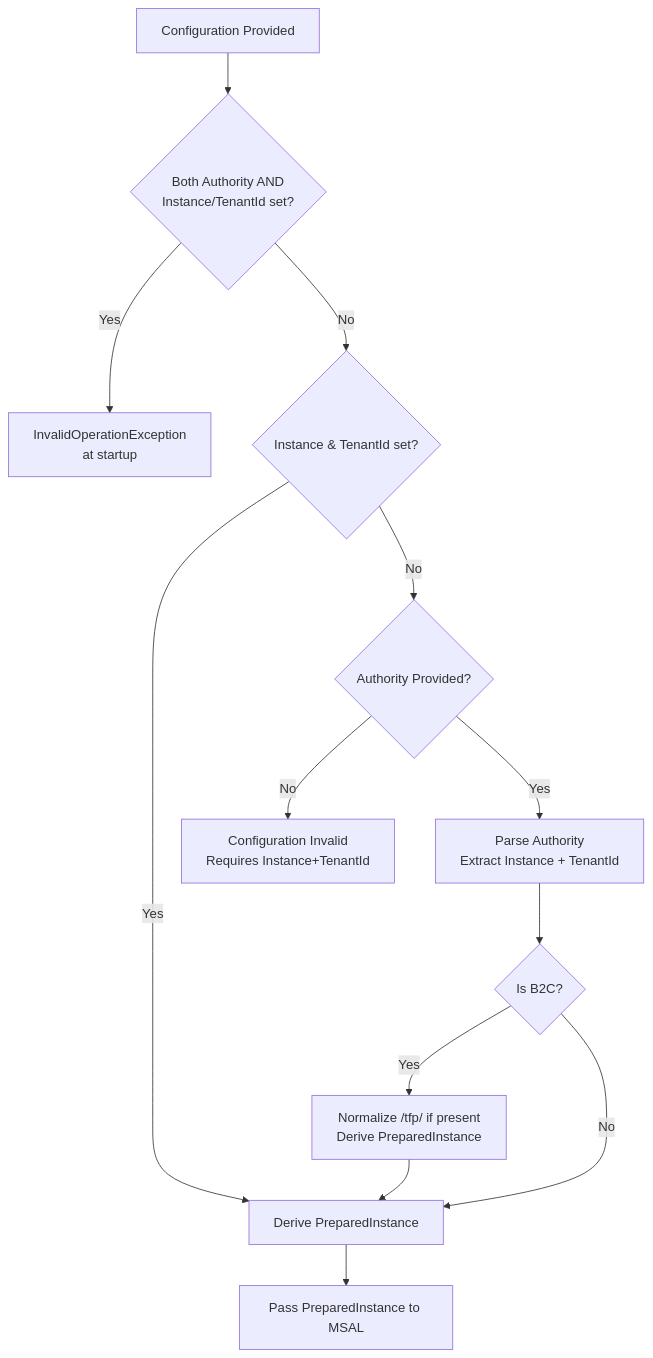
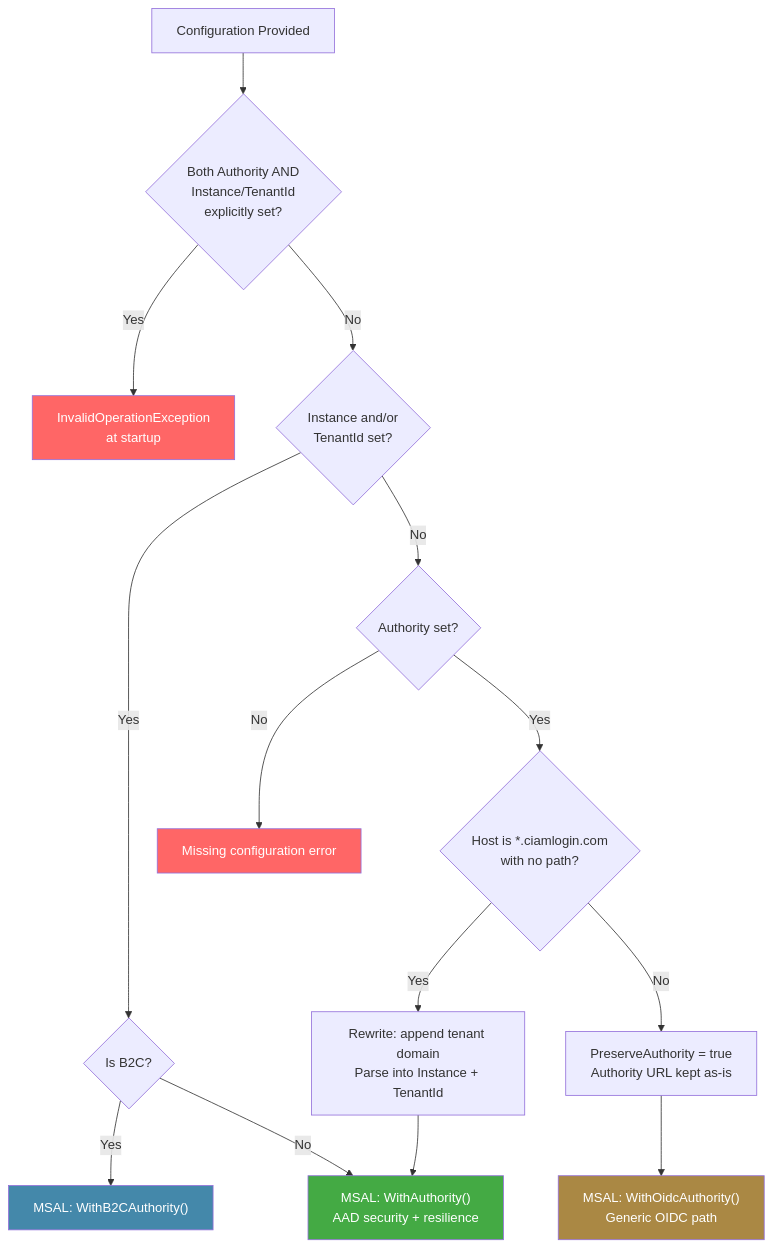
One commit to AzureAD/microsoft-identity-web changed the diagram in docs/authority-configuration.md. Above: the diagram before and after it, drawn with Mermaid. The commit also changed other lines of this file, not shown here.

Commit message:
Rewrite decision tree to reflect actual MSAL builder selection
The flowchart now accurately shows the three MSAL paths:
- WithAuthority (Instance+TenantId, AAD-optimized)
- WithB2CAuthority (Instance+TenantId with B2C policies)
- WithOidcAuthority (Authority-only, generic OIDC)

The only Authority-only case that avoids WithOidcAuthority is
*.ciamlogin.com with no path, which gets rewritten and parsed.

````diff
--- a/docs/authority-configuration.md
+++ b/docs/authority-configuration.md
@@ -46,15 +46,22 @@
 ```mermaid
 flowchart TD
-    A[Configuration Provided] --> B{Both Authority AND<br/>Instance/TenantId set?}
-    B -- Yes --> X[InvalidOperationException<br/>at startup]
-    B -- No --> C{Instance & TenantId set?}
-    C -- Yes --> K[Derive PreparedInstance]
-    C -- No --> D{Authority Provided?}
-    D -- No --> E[Configuration Invalid<br/>Requires Instance+TenantId]
-    D -- Yes --> H[Parse Authority<br/>Extract Instance + TenantId]
-    H --> I{Is B2C?}
-    I -- Yes --> J[Normalize /tfp/ if present<br/>Derive PreparedInstance]
-    I -- No --> K
-    J --> K
-    K --> L[Pass PreparedInstance to MSAL]
+    A[Configuration Provided] --> B{Both Authority AND<br/>Instance/TenantId<br/>explicitly set?}
+    B -- Yes --> THROW[InvalidOperationException<br/>at startup]
+    B -- No --> C{Instance and/or<br/>TenantId set?}
+    C -- Yes --> D{Is B2C?}
+    D -- Yes --> B2CMSAL["MSAL: WithB2CAuthority()"]
+    D -- No --> AADMSAL["MSAL: WithAuthority()<br/>AAD security + resilience"]
+    C -- No --> G{Authority set?}
+    G -- No --> INVALID[Missing configuration error]
+    G -- Yes --> CIAM{"Host is *.ciamlogin.com<br/>with no path?"}
+    CIAM -- Yes --> REWRITE["Rewrite: append tenant domain<br/>Parse into Instance + TenantId"]
+    REWRITE --> AADMSAL
+    CIAM -- No --> PRESERVE["PreserveAuthority = true<br/>Authority URL kept as-is"]
+    PRESERVE --> OIDCMSAL["MSAL: WithOidcAuthority()<br/>Generic OIDC path"]
+
+    style THROW fill:#f66,color:#fff
+    style INVALID fill:#f66,color:#fff
+    style AADMSAL fill:#4a4,color:#fff
+    style B2CMSAL fill:#48a,color:#fff
+    style OIDCMSAL fill:#a84,color:#fff
 ```
````
